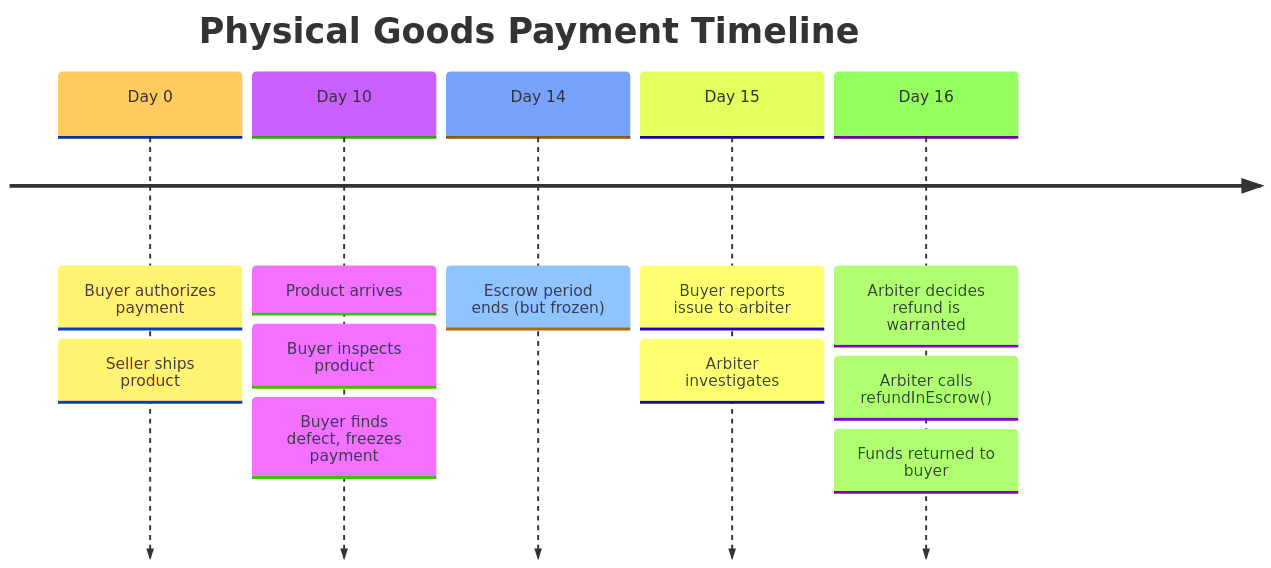
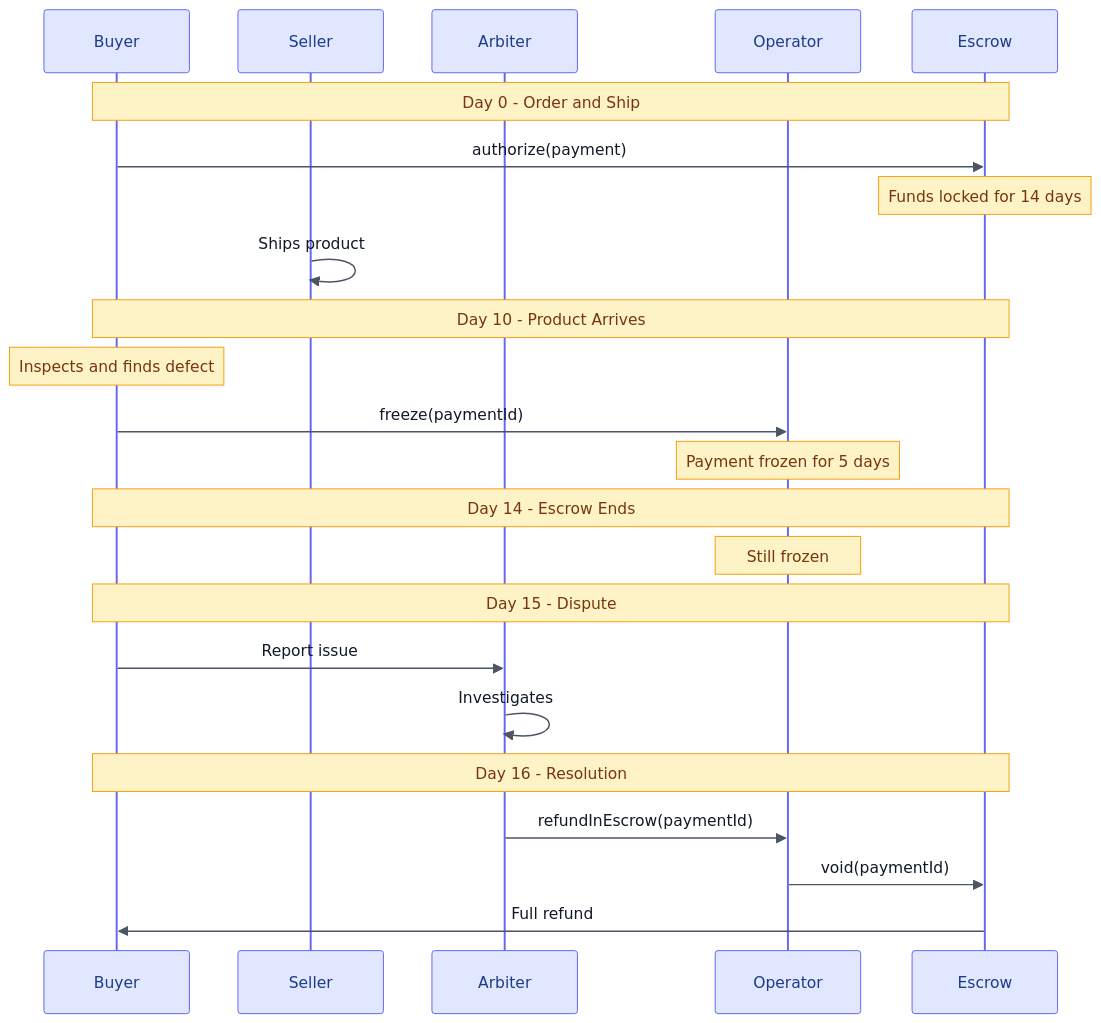
One commit to BackTrackCo/docs changed the second of 8 diagrams in contracts/examples.mdx. Above: the diagram before and after it, drawn with Mermaid. The commit also changed other lines of this file and 13 other files, not shown here.

First line of the commit message:
Apply professional theming to all Mermaid diagrams and convert key diagrams to D2

````diff
--- a/contracts/examples.mdx
+++ b/contracts/examples.mdx
@@ -192,16 +204,31 @@
 ```mermaid
-%%{init: {'theme':'base', 'themeVariables': { 'fontSize':'16px'}}}%%
-timeline
-    title Physical Goods Payment Timeline
-    Day 0 : Buyer authorizes payment
-          : Seller ships product
-    Day 10 : Product arrives
-           : Buyer inspects product
-           : Buyer finds defect, freezes payment
-    Day 14 : Escrow period ends (but frozen)
-    Day 15 : Buyer reports issue to arbiter
-           : Arbiter investigates
-    Day 16 : Arbiter decides refund is warranted
-           : Arbiter calls refundInEscrow()
-           : Funds returned to buyer
+%%{init: {'theme':'base', 'themeVariables': {'primaryColor':'#f3f4f6','primaryTextColor':'#1f2937','primaryBorderColor':'#9ca3af','lineColor':'#6b7280','secondaryColor':'#e5e7eb','tertiaryColor':'#fafafa','noteBkgColor':'#fef3c7','noteTextColor':'#78350f','noteBorderColor':'#f59e0b','actorBkg':'#e0e7ff','actorBorder':'#6366f1','actorTextColor':'#1e3a8a','signalColor':'#4b5563','signalTextColor':'#111827','labelBoxBkgColor':'#dbeafe','labelBoxBorderColor':'#3b82f6','labelTextColor':'#1e40af','loopTextColor':'#1f2937','activationBkgColor':'#c7d2fe','activationBorderColor':'#6366f1','sequenceNumberColor':'#f9fafb','fontFamily':'ui-sans-serif, system-ui, sans-serif'}}}%%
+sequenceDiagram
+    participant Buyer
+    participant Seller
+    participant Arbiter
+    participant Operator
+    participant Escrow
+
+    Note over Buyer,Escrow: Day 0 - Order and Ship
+    Buyer->>Escrow: authorize(payment)
+    Note over Escrow: Funds locked for 14 days
+    Seller->>Seller: Ships product
+
+    Note over Buyer,Escrow: Day 10 - Product Arrives
+    Note over Buyer: Inspects and finds defect
+    Buyer->>Operator: freeze(paymentId)
+    Note over Operator: Payment frozen for 5 days
+
+    Note over Buyer,Escrow: Day 14 - Escrow Ends
+    Note over Operator: Still frozen
+
+    Note over Buyer,Escrow: Day 15 - Dispute
+    Buyer->>Arbiter: Report issue
+    Arbiter->>Arbiter: Investigates
+
+    Note over Buyer,Escrow: Day 16 - Resolution
+    Arbiter->>Operator: refundInEscrow(paymentId)
+    Operator->>Escrow: void(paymentId)
+    Escrow->>Buyer: Full refund
 ```
````
